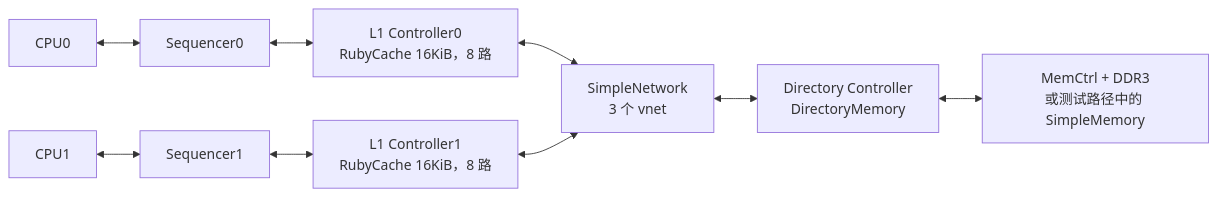
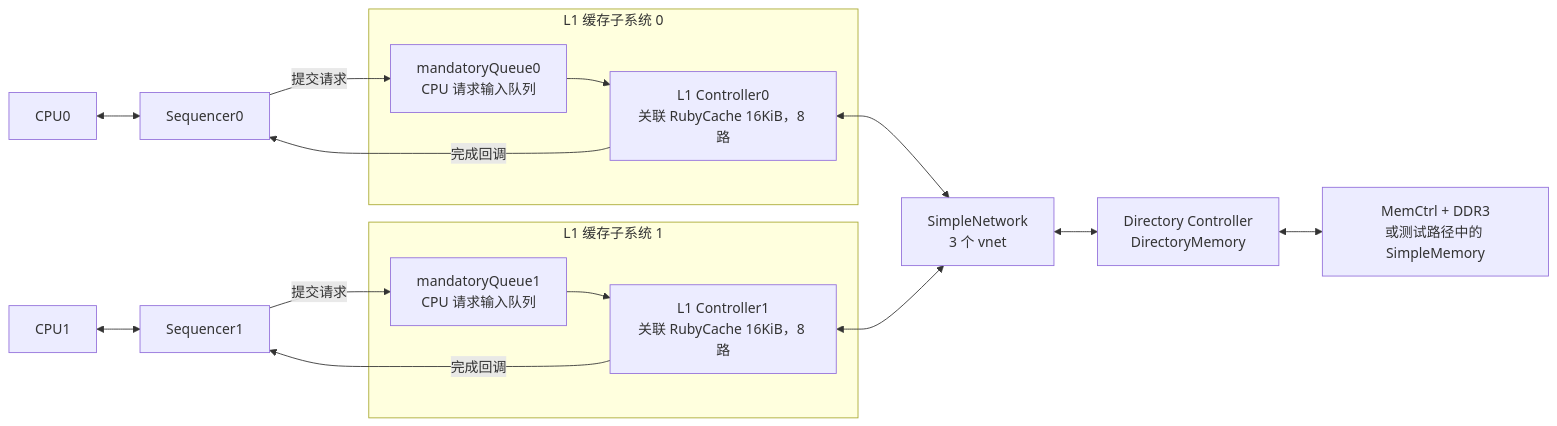
Before and after one commit to xiangguangxin/gem5: the diagram in xgx_notes/learning_gem5/part3/config_and_run.md, drawn with Mermaid. The commit also changed other lines of this file and 1 other file, not shown here.

Commit message:
docs: clarify cache eviction sharers and Ruby component relationships

````diff
--- a/xgx_notes/learning_gem5/part3/config_and_run.md
+++ b/xgx_notes/learning_gem5/part3/config_and_run.md
@@ -126,11 +126,19 @@
 ```mermaid
 flowchart LR
     c0["CPU0"] <--> s0["Sequencer0"]
     c1["CPU1"] <--> s1["Sequencer1"]
-    s0 <--> l0["L1 Controller0<br/>RubyCache 16KiB，8 路"]
-    s1 <--> l1["L1 Controller1<br/>RubyCache 16KiB，8 路"]
+    subgraph cache0["L1 缓存子系统 0"]
+        q0["mandatoryQueue0<br/>CPU 请求输入队列"] --> l0["L1 Controller0<br/>关联 RubyCache 16KiB，8 路"]
+    end
+    subgraph cache1["L1 缓存子系统 1"]
+        q1["mandatoryQueue1<br/>CPU 请求输入队列"] --> l1["L1 Controller1<br/>关联 RubyCache 16KiB，8 路"]
+    end
+    s0 -->|"提交请求"| q0
+    s1 -->|"提交请求"| q1
+    l0 -->|"完成回调"| s0
+    l1 -->|"完成回调"| s1
     l0 <--> n["SimpleNetwork<br/>3 个 vnet"]
     l1 <--> n
     n <--> d["Directory Controller<br/>DirectoryMemory"]
     d <--> m["MemCtrl + DDR3<br/>或测试路径中的 SimpleMemory"]
 ```
````
